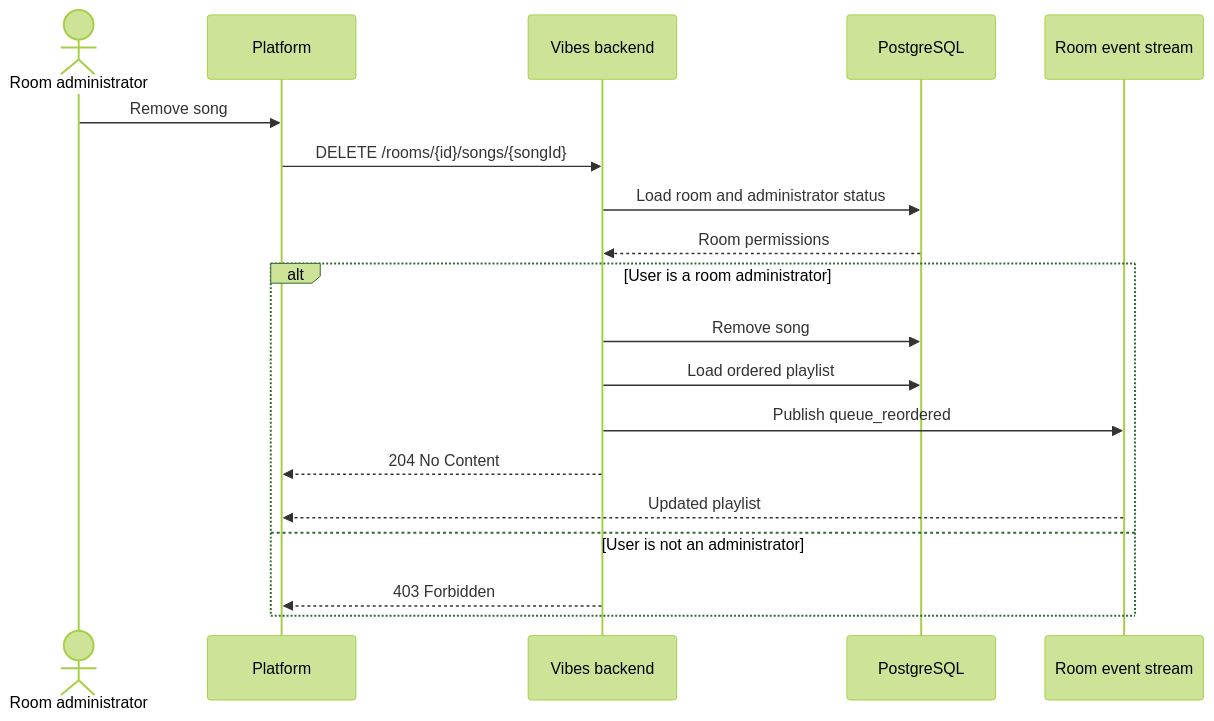
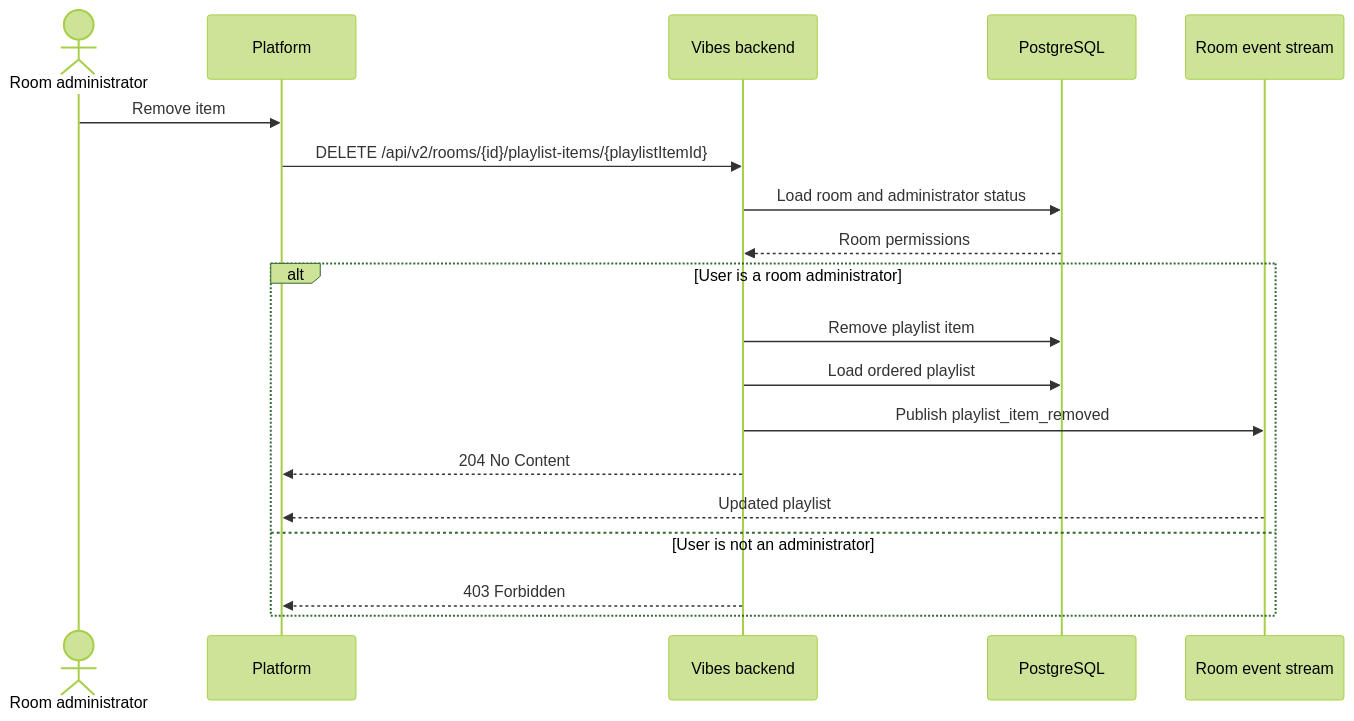
One commit to zoff-music/vibes-backend changed the second of 3 diagrams in docs/flows/songs.md. Above: the diagram before and after it, drawn with Mermaid (forest theme). The commit also changed other lines of this file and 69 other files, not shown here.

````diff
--- a/docs/flows/songs.md
+++ b/docs/flows/songs.md
@@ -49,23 +50,23 @@
 ```mermaid
 sequenceDiagram
     actor Admin as Room administrator
     participant Platform
     participant API as Vibes backend
     participant DB as PostgreSQL
     participant Events as Room event stream
 
-    Admin->>Platform: Remove song
-    Platform->>API: DELETE /rooms/{id}/songs/{songId}
+    Admin->>Platform: Remove item
+    Platform->>API: DELETE /api/v2/rooms/{id}/playlist-items/{playlistItemId}
     API->>DB: Load room and administrator status
     DB-->>API: Room permissions
 
     alt User is a room administrator
-        API->>DB: Remove song
+        API->>DB: Remove playlist item
         API->>DB: Load ordered playlist
-        API->>Events: Publish queue_reordered
+        API->>Events: Publish playlist_item_removed
         API-->>Platform: 204 No Content
         Events-->>Platform: Updated playlist
     else User is not an administrator
         API-->>Platform: 403 Forbidden
     end
 ```
````
